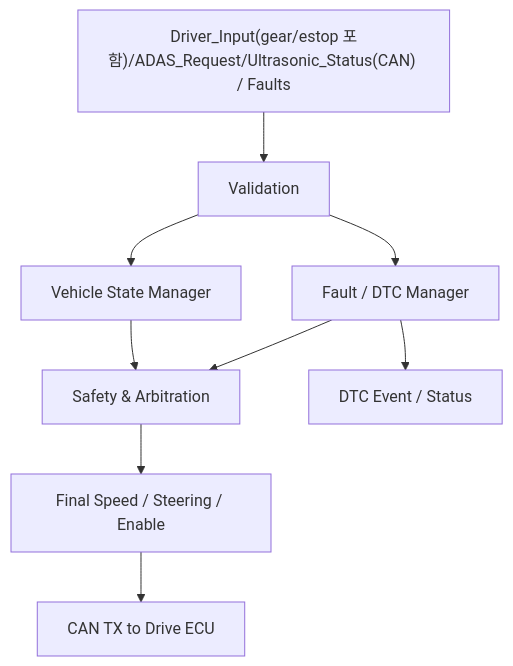
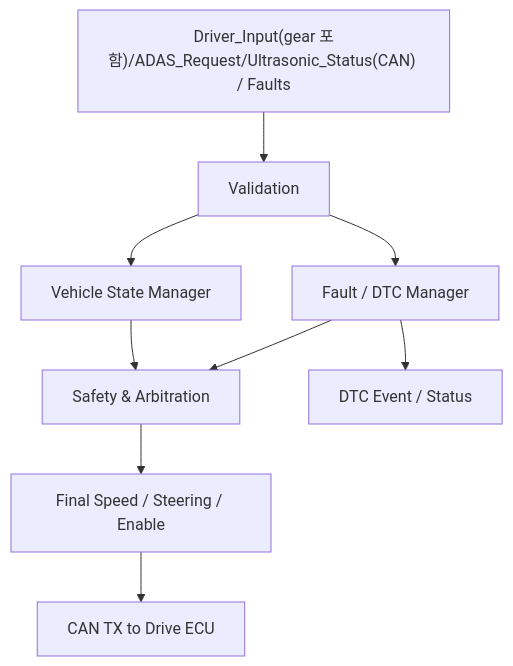
One commit to sunmaan22/SDV_MCU_Project changed the diagram in docs/ecus/VCU_DTC_CAN_Integration/SPECIFICATION.md. Above: the diagram before and after it, drawn with Mermaid. The commit also changed other lines of this file and 3 other files, not shown here.

````diff
--- a/docs/ecus/VCU_DTC_CAN_Integration/SPECIFICATION.md
+++ b/docs/ecus/VCU_DTC_CAN_Integration/SPECIFICATION.md
@@ -112,11 +103,11 @@
 ```mermaid
 flowchart TD
-    A["Driver_Input(gear/estop 포함)/ADAS_Request/Ultrasonic_Status(CAN) / Faults"] --> B["Validation"]
+    A["Driver_Input(gear 포함)/ADAS_Request/Ultrasonic_Status(CAN) / Faults"] --> B["Validation"]
     B --> C["Vehicle State Manager"]
     C --> D["Safety & Arbitration"]
     D --> E["Final Speed / Steering / Enable"]
     E --> F["CAN TX to Drive ECU"]
     B --> G["Fault / DTC Manager"]
     G --> D
     G --> H["DTC Event / Status"]
 ```
````
